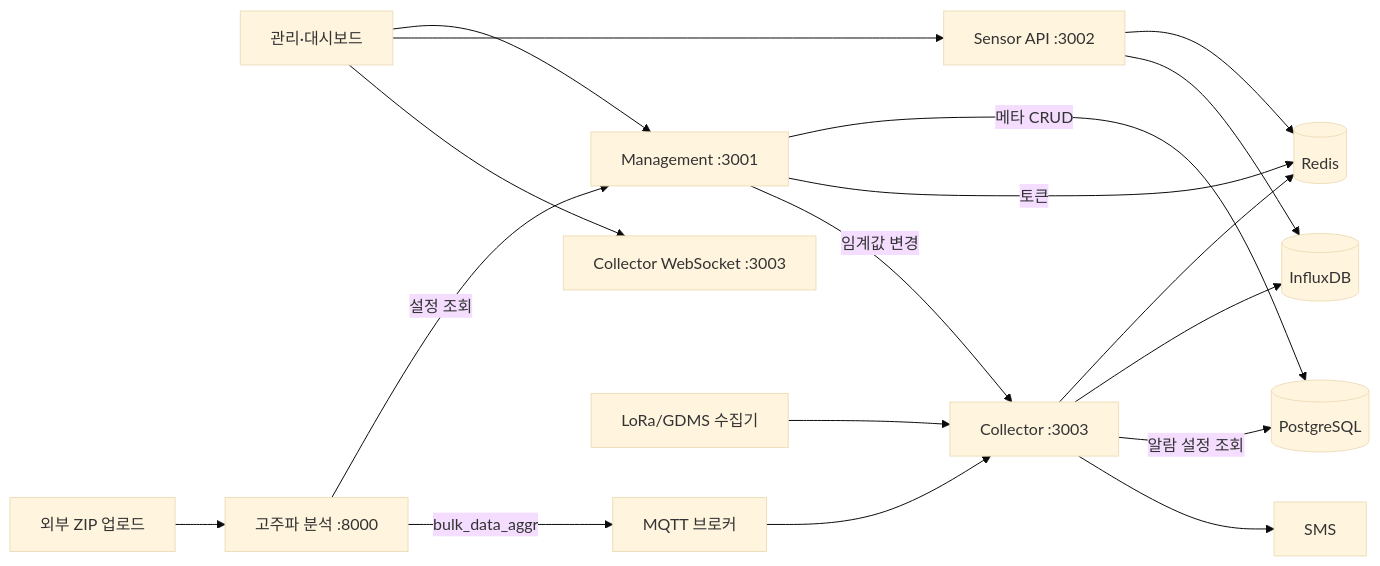
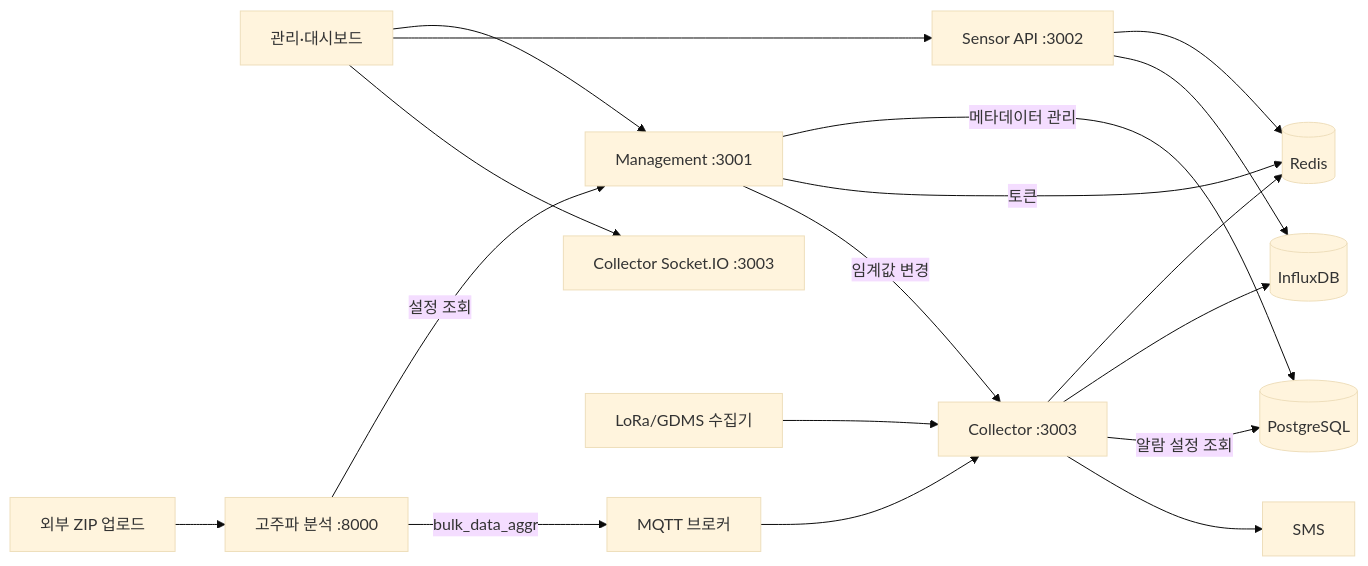
Before and after one commit to inbm-company/geoverse--: the diagram in server/undefined-5.md, drawn with Mermaid (base theme). The commit also changed other lines of this file and 4 other files, not shown here.

````diff
--- a/server/undefined-5.md
+++ b/server/undefined-5.md
@@ -164,24 +164,24 @@
 ```mermaid
 flowchart LR
     FE["관리·대시보드"] --> MG["Management :3001"]
     FE --> SA["Sensor API :3002"]
-    FE --> WS["Collector WebSocket :3003"]
+    FE --> WS["Collector Socket.IO :3003"]
 
     EXT["외부 ZIP 업로드"] --> FFT["고주파 분석 :8000"]
     MQTT["MQTT 브로커"] --> CO["Collector :3003"]
     LORA["LoRa/GDMS 수집기"] --> CO
     FFT -->|설정 조회| MG
     FFT -->|bulk_data_aggr| MQTT
 
-    MG -->|메타 CRUD| PG[(PostgreSQL)]
+    MG -->|메타데이터 관리| PG[(PostgreSQL)]
     MG -->|토큰| RD[(Redis)]
     MG -->|임계값 변경| CO
 
     CO --> RD
     CO --> INF[(InfluxDB)]
     CO -->|알람 설정 조회| PG
     CO --> SMS["SMS"]
 
     SA --> RD
     SA --> INF
 ```
````
